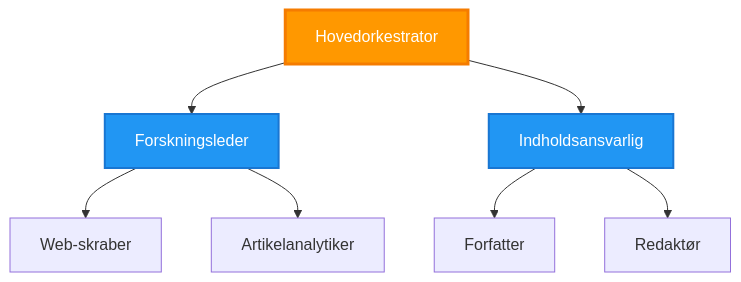
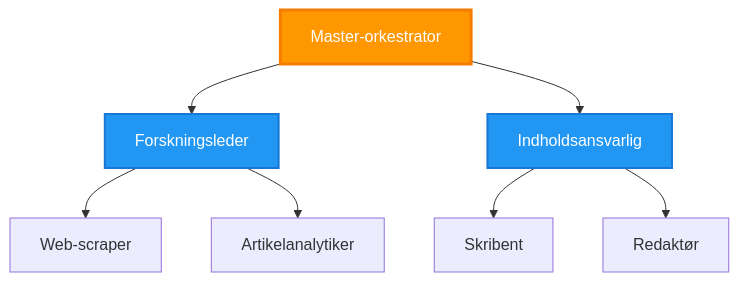
Before and after one commit to microsoft/AZD-for-beginners: the second of 5 diagrams in translations/da/docs/chapter-06-pre-deployment/coordination-patterns.md, drawn with Mermaid. The commit also changed other lines of this file and 101 other files, not shown here.

````diff
--- a/translations/da/docs/chapter-06-pre-deployment/coordination-patterns.md
+++ b/translations/da/docs/chapter-06-pre-deployment/coordination-patterns.md
@@ -149,21 +143,21 @@
 ```mermaid
 graph TB
-    Master[Hovedorkestrator]
+    Master[Master-orkestrator]
     Manager1[Forskningsleder]
     Manager2[Indholdsansvarlig]
-    W1[Web-skraber]
+    W1[Web-scraper]
     W2[Artikelanalytiker]
-    W3[Forfatter]
+    W3[Skribent]
     W4[Redaktør]
     
     Master --> Manager1
     Master --> Manager2
     Manager1 --> W1
     Manager1 --> W2
     Manager2 --> W3
     Manager2 --> W4
     
     style Master fill:#FF9800,stroke:#F57C00,stroke-width:3px,color:#fff
     style Manager1 fill:#2196F3,stroke:#1976D2,stroke-width:2px,color:#fff
     style Manager2 fill:#2196F3,stroke:#1976D2,stroke-width:2px,color:#fff
 ```
````
